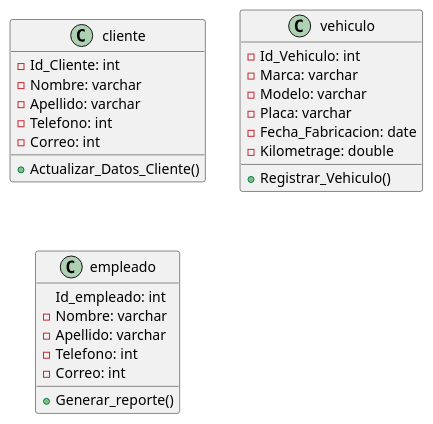
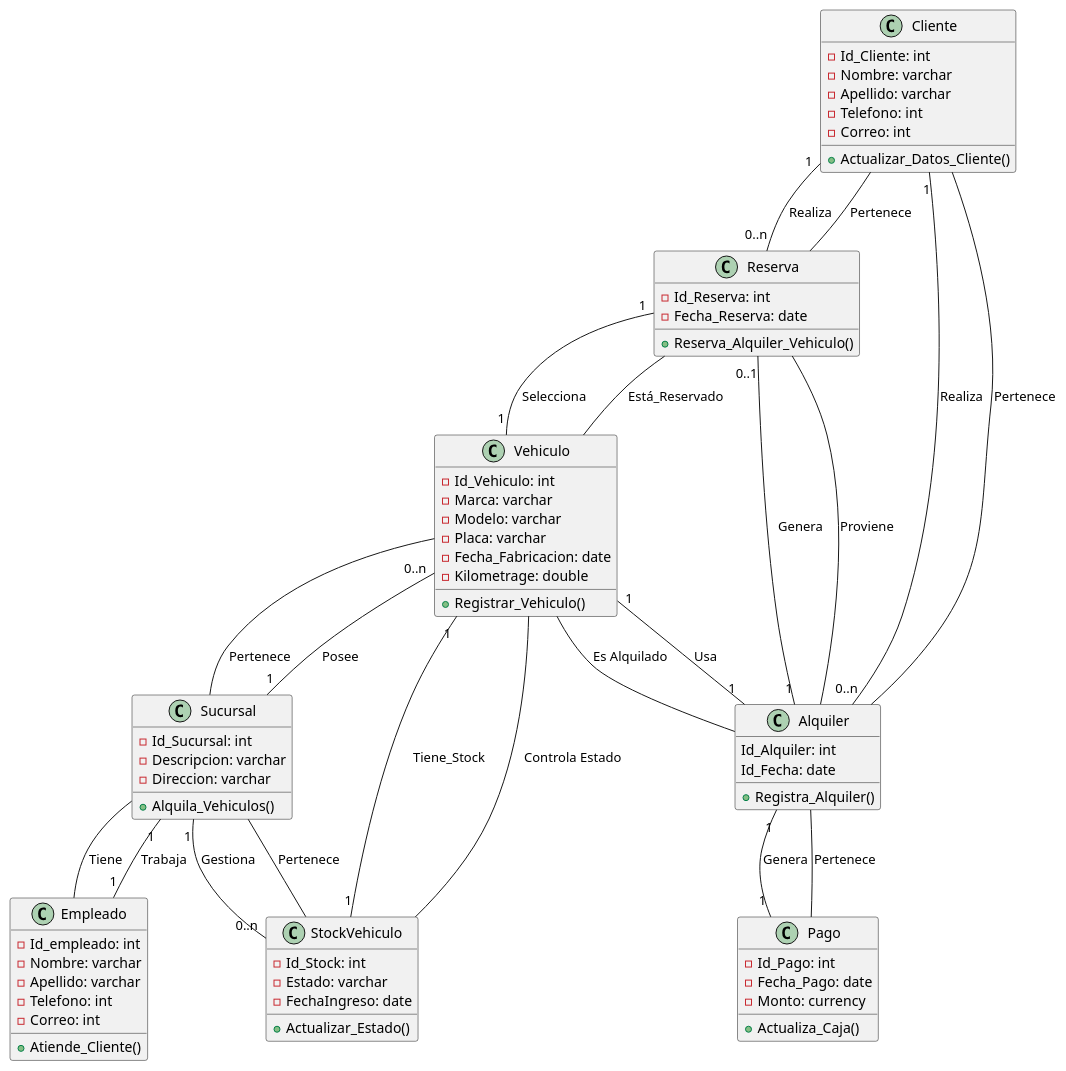
One commit to Gianfranco-sudo/autorent changed the diagram in src/main/java/DiagramaClasesAuorent.puml. Above: the diagram before and after it, drawn with PlantUML.

Commit message:
se termino el diagrama UML

```diff
--- a/src/main/java/DiagramaClasesAuorent.puml
+++ b/src/main/java/DiagramaClasesAuorent.puml
@@ -1,30 +1,98 @@
 @startuml
-class cliente{
+
+class Cliente{
 -Id_Cliente: int
 -Nombre: varchar
 -Apellido: varchar
 -Telefono: int
 -Correo: int
 +Actualizar_Datos_Cliente()
 }
-class vehiculo{
+
+class Vehiculo{
 -Id_Vehiculo: int
 -Marca: varchar
 -Modelo: varchar
 -Placa: varchar
 -Fecha_Fabricacion: date
 -Kilometrage: double
 +Registrar_Vehiculo()
 }
 
-class empleado{
-Id_empleado: int
+
+class Empleado{
+-Id_empleado: int
 -Nombre: varchar
 -Apellido: varchar
 -Telefono: int
 -Correo: int
-+Generar_reporte()
++Atiende_Cliente()
 }
+
+class Sucursal{
+-Id_Sucursal: int 
+-Descripcion: varchar
+- Direccion: varchar
++Alquila_Vehiculos()
+}
+
+class Pago{
+-Id_Pago: int
+-Fecha_Pago: date
+-Monto: currency
++Actualiza_Caja()
+}
+
+class Reserva{
+-Id_Reserva: int
+-Fecha_Reserva: date
++Reserva_Alquiler_Vehiculo()
+}
+class Alquiler{
+Id_Alquiler: int
+Id_Fecha: date
++Registra_Alquiler()
+}
+
+class StockVehiculo{
+-Id_Stock: int
+-Estado: varchar
+-FechaIngreso: date
++Actualizar_Estado()
+}
+
+'RELACIONES:
+
+Cliente "1" -- "0..n" Reserva : Realiza
+Cliente -- Reserva: Pertenece
+
+Reserva "1" -- "1" Vehiculo : Selecciona
+Vehiculo -- Reserva : Está_Reservado
+
+Empleado "1" -- "1" Sucursal : Trabaja
+Sucursal -- Empleado : Tiene
+
+Sucursal "1" -- "0..n" Vehiculo : Posee
+Vehiculo -- Sucursal : Pertenece
+
+Reserva "0..1" -- "1" Alquiler : Genera
+Alquiler -- Reserva : Proviene
+
+Cliente "1" -- "0..n" Alquiler : Realiza
+Alquiler -- Cliente : Pertenece
+
+Alquiler "1" -- "1" Vehiculo : Usa
+Vehiculo -- Alquiler : Es Alquilado
+
+Alquiler "1" -- "1" Pago : Genera
+Pago -- Alquiler : Pertenece
+
+Vehiculo "1" -- "1" StockVehiculo : Tiene_Stock
+StockVehiculo -- Vehiculo : Controla Estado
+
+Sucursal "1" -- "0..n" StockVehiculo : Gestiona
+StockVehiculo -- Sucursal : Pertenece
+
 
 
 @enduml
```
